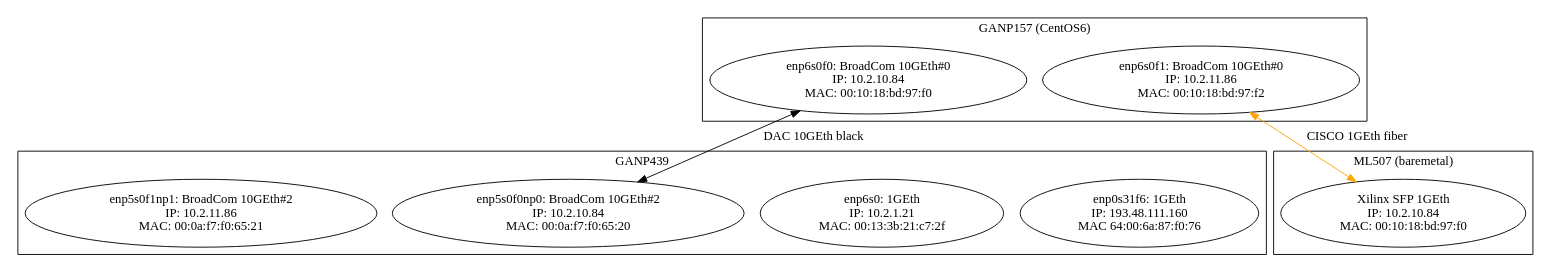
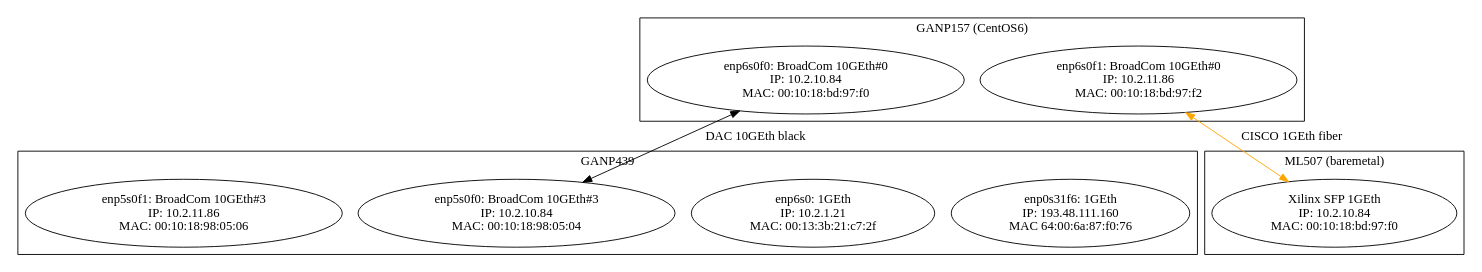
One commit to AdrielEP/test changed the diagram in graphInfra.dot. Above: the diagram before and after it, drawn with Graphviz. The commit also changed 3 other files, not shown here.

Commit message:
BroadCom 10GEth #3 (from trash) red led on !

```diff
--- a/graphInfra.dot
+++ b/graphInfra.dot
@@ -1,37 +1,40 @@
 digraph Point2PointNetwork           
 {
   subgraph cluster_ML507
   {label="ML507 (baremetal)"
 #BroadCom 10GEth #0
 	SFP[shape=ellipse,label="Xilinx SFP 1GEth\n IP: 10.2.10.84\n MAC: 00:10:18:bd:97:f0"]
   }//ML507
 
   subgraph cluster_GANP157
   {label="GANP157 (CentOS6)"
 #BroadCom 10GEth #0
 	enp6s0f0[shape=ellipse,label="enp6s0f0: BroadCom 10GEth#0\n IP: 10.2.10.84\n MAC: 00:10:18:bd:97:f0"]
 	enp6s0f1[shape=ellipse,label="enp6s0f1: BroadCom 10GEth#0\n IP: 10.2.11.86\n MAC: 00:10:18:bd:97:f2"]
   }//GANP157
 
   subgraph cluster_GANP349        
   {label=GANP439
 #motherboard
 	enp0s31f6[shape=ellipse,label="enp0s31f6: 1GEth\n IP: 193.48.111.160\n MAC 64:00:6a:87:f0:76"]
 #StarTech PCIe1x 1GEth
 	enp6s0[shape=ellipse,label="enp6s0: 1GEth\n IP: 10.2.1.21\n MAC: 00:13:3b:21:c7:2f"]
 #Intel 10GEth #2
 #	enp5s0f0[shape=ellipse,label="enp5s0f0: Intel 10GEth#2\n IP: 10.2.10.38\n MAC: a0:36:9f:24:53:e8"]
 #	enp5s0f1[shape=ellipse,label="enp5s0f1: Intel 10GEth#2\n IP; 10.2.11.34\n MAC: a0:36:9f:24:53:ea"]
 #BroadCom 10GEth #1
 #	enp5s0f0[shape=ellipse,label="enp5s0f0: HP 10GEth#1\n IP: 10.2.10.84\n MAC: 2c:76:8a:82:72:70"]
 #	enp5s0f1[shape=ellipse,label="enp5s0f1: HP 10GEth#1\n IP: 10.2.11.86\n MAC: 2c:76:8a:82:72:74"]
 #BroadCom 10GEth #2
 	enp5s0f0[shape=ellipse,label="enp5s0f0np0: BroadCom 10GEth#2\n IP: 10.2.10.84\n MAC: 00:0a:f7:f0:65:20"]
 	enp5s0f1[shape=ellipse,label="enp5s0f1np1: BroadCom 10GEth#2\n IP: 10.2.11.86\n MAC: 00:0a:f7:f0:65:21"]
+#BroadCom 10GEth #3
+	enp5s0f0[shape=ellipse,label="enp5s0f0: BroadCom 10GEth#3\n IP: 10.2.10.84\n MAC: 00:10:18:98:05:04"]
+	enp5s0f1[shape=ellipse,label="enp5s0f1: BroadCom 10GEth#3\n IP: 10.2.11.86\n MAC: 00:10:18:98:05:06"]
   }//GANP439
 
 #DAC black
   enp6s0f0 -> enp5s0f0 [label="DAC 10GEth black" dir=both color="black"]
 #Dell SFP 10GEth fiber
   enp6s0f1 -> SFP [label="CISCO 1GEth fiber" dir=both color="orange"]
 }//digraph
```
